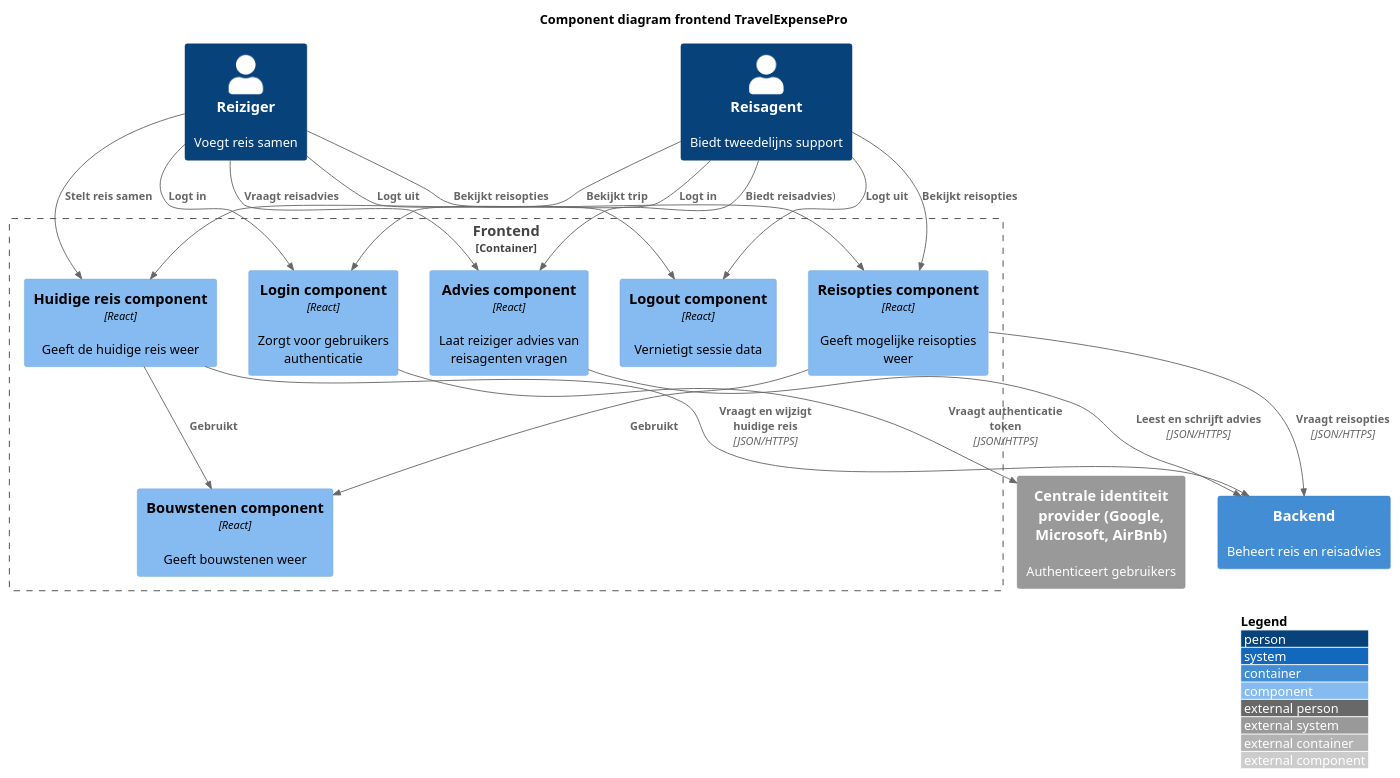
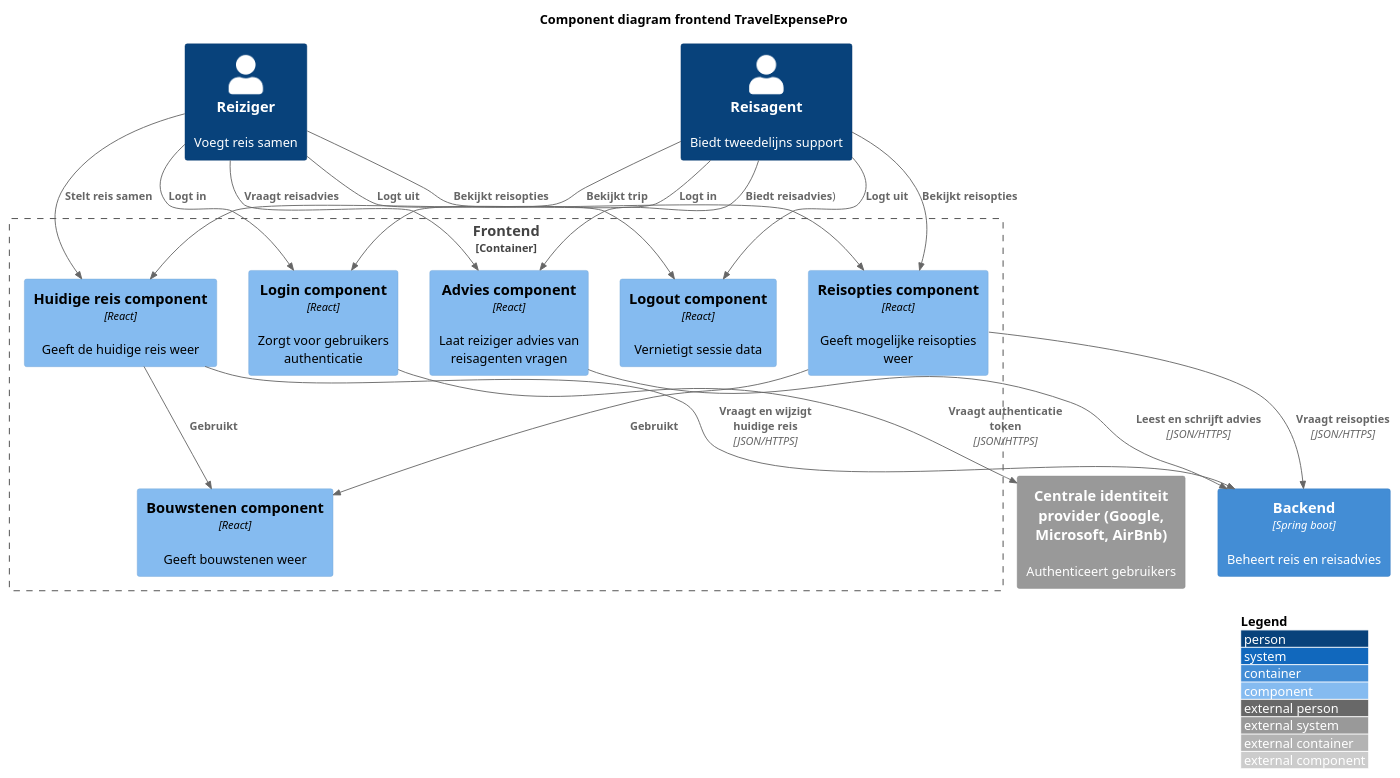
One commit to AIM-ENE-feb25/triptop-groep-tweeeeeeeeeeeeeeeeeeeeee changed the diagram in c4 component diagram frontend.puml. Above: the diagram before and after it, drawn with PlantUML. The commit also changed 8 other files, not shown here.

```diff
--- a/c4 component diagram frontend.puml
+++ b/c4 component diagram frontend.puml
@@ -1,44 +1,44 @@
 @startuml
 !include https://raw.githubusercontent.com/plantuml-stdlib/C4-PlantUML/master/C4_Component.puml
 
 title Component diagram frontend TravelExpensePro
 
 Person(reisagent, "Reisagent", "Biedt tweedelijns support")
 Person(reiziger, "Reiziger", "Voegt reis samen")
 
 Container_Boundary(frontend, "Frontend") {
     Component(loginComponent, "Login component", "React", "Zorgt voor gebruikers authenticatie")
     Component(logoutComponent, "Logout component", "React", "Vernietigt sessie data")
     Component(adviesComponent, "Advies component", "React", "Laat reiziger advies van reisagenten vragen")
     Component(huidigeReisComponent, "Huidige reis component", "React", "Geeft de huidige reis weer")
     Component(reisoptiesComponent, "Reisopties component", "React", "Geeft mogelijke reisopties weer")
     Component(bouwstenenComponent, "Bouwstenen component", "React", "Geeft bouwstenen weer")
 }
 
 Rel_D(huidigeReisComponent, bouwstenenComponent, "Gebruikt")
 Rel_D(reisoptiesComponent, bouwstenenComponent, "Gebruikt")
 
-Container(backend, "Backend", "", "Beheert reis en reisadvies")
+Container(backend, "Backend", "Spring boot", "Beheert reis en reisadvies")
 
 System_Ext(centraleIdentiteitProvider, "Centrale identiteit provider (Google, Microsoft, AirBnb)", "Authenticeert gebruikers")
 
 Rel_D(reiziger, loginComponent, "Logt in")
 Rel_D(reisagent, loginComponent, "Logt in")
 
 Rel_D(reiziger, logoutComponent, "Logt uit")
 Rel_D(reisagent, logoutComponent, "Logt uit")
 Rel_D(reiziger, adviesComponent, "Vraagt reisadvies")
 Rel_D(reisagent, adviesComponent, "Biedt reisadvies"))
 Rel_D(reiziger, huidigeReisComponent, "Stelt reis samen")
 Rel_D(reisagent, huidigeReisComponent, "Bekijkt trip")
 Rel_D(reiziger, reisoptiesComponent, "Bekijkt reisopties")
 Rel_D(reisagent, reisoptiesComponent, "Bekijkt reisopties")
 
 Rel_D(loginComponent, centraleIdentiteitProvider, "Vraagt authenticatie token", "JSON/HTTPS")
 Rel_D(adviesComponent, backend, "Leest en schrijft advies", "JSON/HTTPS")
 Rel_D(huidigeReisComponent, backend, "Vraagt en wijzigt huidige reis", "JSON/HTTPS")
 Rel_D(reisoptiesComponent, backend, "Vraagt reisopties", "JSON/HTTPS")
 
 LAYOUT_WITH_LEGEND()
 
 @enduml
```
